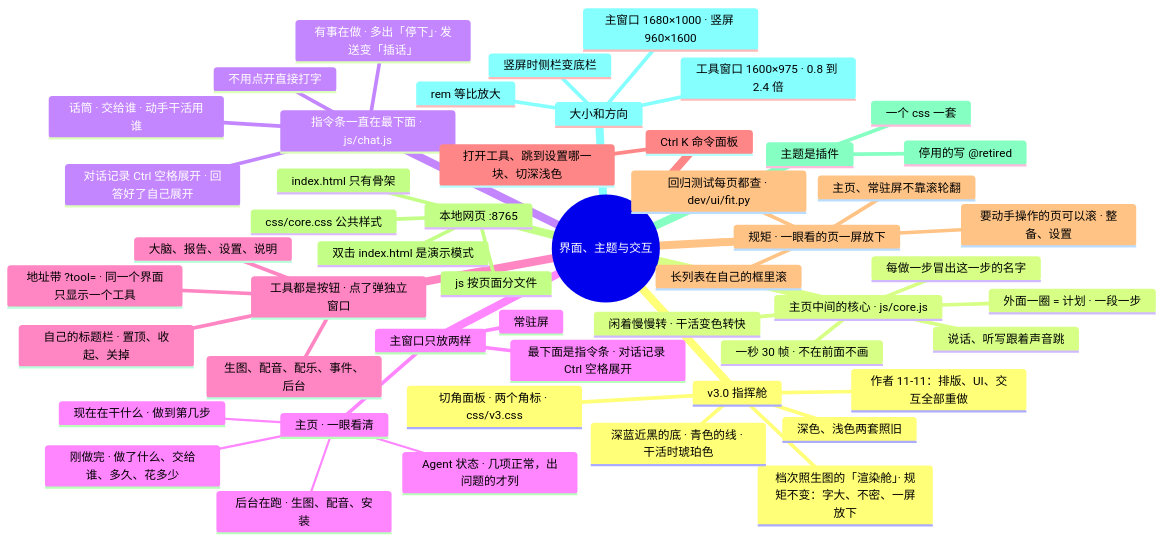
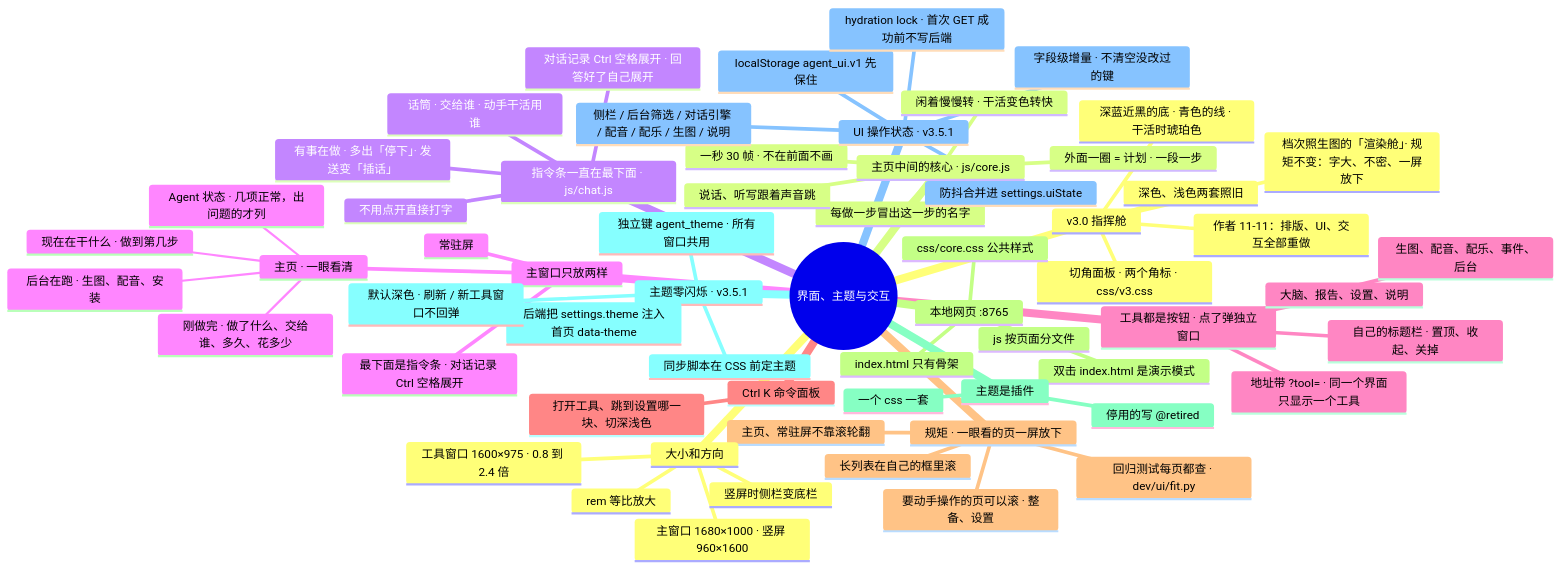
One commit to lql-076/Experiment-Agent-One changed the diagram in docs/AI文档/架构/12-界面主题与交互.md. Above: the diagram before and after it, drawn with Mermaid. The commit also changed other lines of this file and 35 other files, not shown here.

````diff
--- a/docs/AI文档/架构/12-界面主题与交互.md
+++ b/docs/AI文档/架构/12-界面主题与交互.md
@@ -9,54 +9,65 @@
 ```mermaid
 mindmap
   root((界面、主题与交互))
     v3.0 指挥舱
       作者 11-11：排版、UI、交互全部重做
       档次照生图的「渲染舱」· 规矩不变：字大、不密、一屏放下
       深蓝近黑的底 · 青色的线 · 干活时琥珀色
       切角面板 · 两个角标 · css/v3.css
       深色、浅色两套照旧
     主页中间的核心 · js/core.js
       闲着慢慢转 · 干活变色转快
       外面一圈 = 计划 · 一段一步
       每做一步冒出这一步的名字
       说话、听写跟着声音跳
       一秒 30 帧 · 不在前面不画
     指令条一直在最下面 · js/chat.js
       不用点开直接打字
       有事在做 · 多出「停下」· 发送变「插话」
       话筒 · 交给谁 · 动手干活用谁
       对话记录 Ctrl 空格展开 · 回答好了自己展开
     主窗口只放两样
       主页 · 一眼看清
         现在在干什么 · 做到第几步
         后台在跑 · 生图、配音、安装
         刚做完 · 做了什么、交给谁、多久、花多少
         Agent 状态 · 几项正常，出问题的才列
       常驻屏
       最下面是指令条 · 对话记录 Ctrl 空格展开
     工具都是按钮 · 点了弹独立窗口
       生图、配音、配乐、事件、后台
       大脑、报告、设置、说明
       地址带 ?tool= · 同一个界面只显示一个工具
       自己的标题栏 · 置顶、收起、关掉
     Ctrl K 命令面板
       打开工具、跳到设置哪一块、切深浅色
     规矩 · 一眼看的页一屏放下
       主页、常驻屏不靠滚轮翻
       要动手操作的页可以滚 · 整备、设置
       长列表在自己的框里滚
       回归测试每页都查 · dev/ui/fit.py
     本地网页 :8765
       index.html 只有骨架
       css/core.css 公共样式
       js 按页面分文件
       双击 index.html 是演示模式
     主题是插件
       一个 css 一套
       停用的写 @retired
+    主题零闪烁 · v3.5.1
+      独立键 agent_theme · 所有窗口共用
+      <head> 同步脚本在 CSS 前定主题
+      后端把 settings.theme 注入首页 data-theme
+      默认深色 · 刷新 / 新工具窗口不回弹
+    UI 操作状态 · v3.5.1
+      localStorage agent_ui.v1 先保住
+      防抖合并进 settings.uiState
+      字段级增量 · 不清空没改过的键
+      hydration lock · 首次 GET 成功前不写后端
+      侧栏 / 后台筛选 / 对话引擎 / 配音 / 配乐 / 生图 / 说明
     大小和方向
       rem 等比放大
       主窗口 1680×1000 · 竖屏 960×1600
       工具窗口 1600×975 · 0.8 到 2.4 倍
       竖屏时侧栏变底栏
 ```
````
